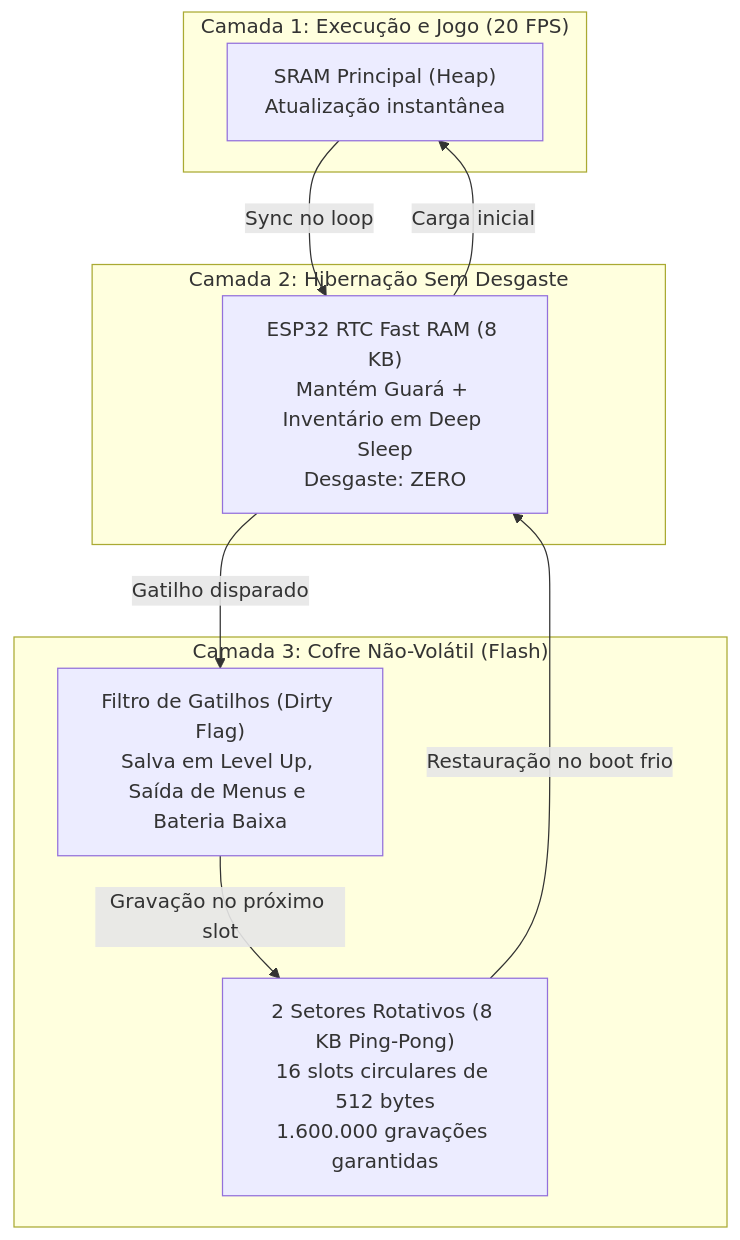
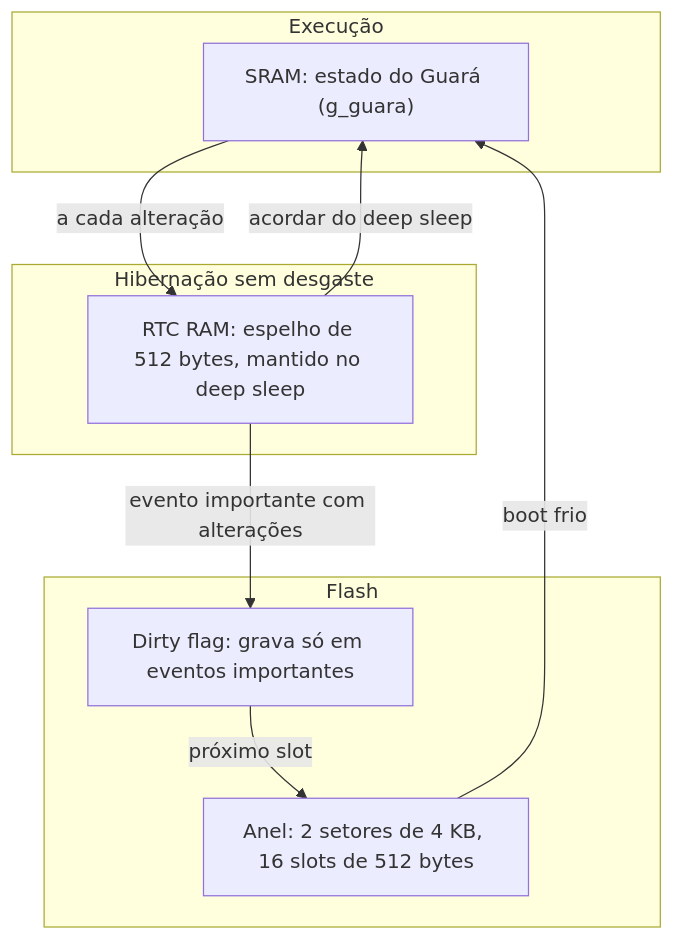
One commit to trocolis/guara changed the diagram in README.md. Above: the diagram before and after it, drawn with Mermaid. The commit also changed other lines of this file and 37 other files, not shown here.

````diff
--- a/README.md
+++ b/README.md
@@ -109,21 +131,18 @@
 ```mermaid
 graph TD
-    subgraph "Camada 1: Execução e Jogo (20 FPS)"
-        RAM["SRAM Principal (Heap)<br/>Atualização instantânea"]
+    subgraph "Execução"
+        RAM["SRAM: estado do Guará (g_guara)"]
     end
-
-    subgraph "Camada 2: Hibernação Sem Desgaste"
-        RTC["ESP32 RTC Fast RAM (8 KB)<br/>Mantém Guará + Inventário em Deep Sleep<br/>Desgaste: ZERO"]
+    subgraph "Hibernação sem desgaste"
+        RTC["RTC RAM: espelho de 512 bytes, mantido no deep sleep"]
     end
-
-    subgraph "Camada 3: Cofre Não-Volátil (Flash)"
-        DF["Filtro de Gatilhos (Dirty Flag)<br/>Salva em Level Up, Saída de Menus e Bateria Baixa"]
-        RING["2 Setores Rotativos (8 KB Ping-Pong)<br/>16 slots circulares de 512 bytes<br/>1.600.000 gravações garantidas"]
+    subgraph "Flash"
+        DF["Dirty flag: grava só em eventos importantes"]
+        RING["Anel: 2 setores de 4 KB, 16 slots de 512 bytes"]
     end
-
-    RAM -->|Sync no loop| RTC
-    RTC -->|Gatilho disparado| DF
-    DF -->|Gravação no próximo slot| RING
-    RING -->|Restauração no boot frio| RTC
-    RTC -->|Carga inicial| RAM
+    RAM -->|a cada alteração| RTC
+    RTC -->|evento importante com alterações| DF
+    DF -->|próximo slot| RING
+    RING -->|boot frio| RAM
+    RTC -->|acordar do deep sleep| RAM
 ```
````
